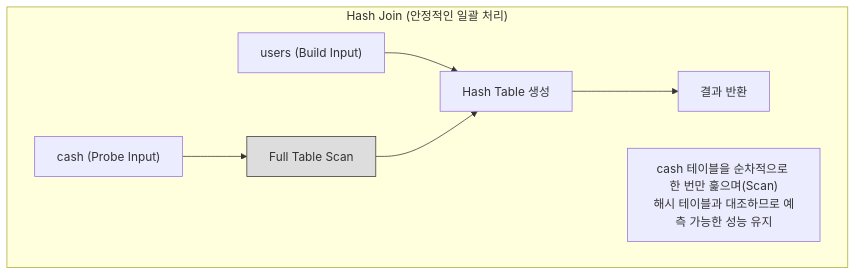
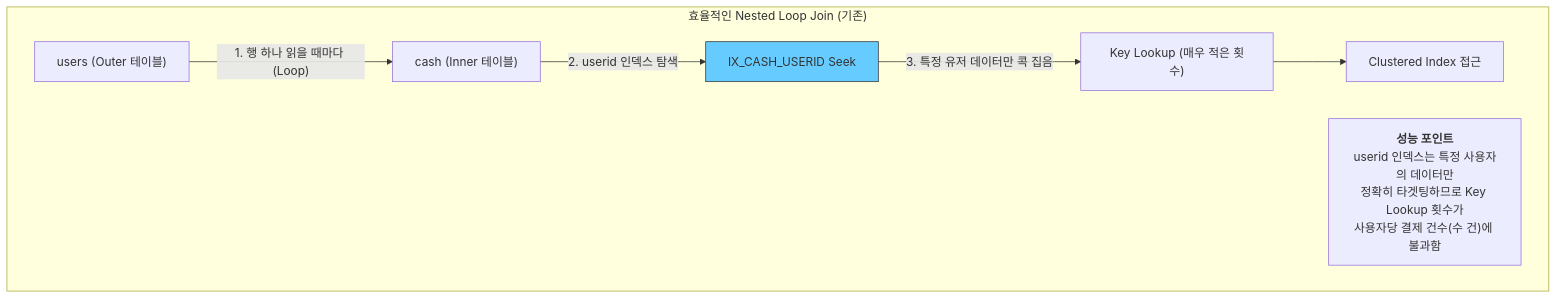
One commit to muzzaiwork/candidate changed the first of 2 diagrams in troubleshooting/payletter_index_optimization.md. Above: the diagram before and after it, drawn with Mermaid. The commit also changed other lines of this file, not shown here.

Commit message:
Refactor scenario to emphasize index switching (userid to reg_datetime) during join

````diff
--- a/troubleshooting/payletter_index_optimization.md
+++ b/troubleshooting/payletter_index_optimization.md
@@ -47,13 +47,14 @@
 ```mermaid
 graph TD
-    subgraph "Hash Join (안정적인 일괄 처리)"
-        U["users (Build Input)"] --> H["Hash Table 생성"]
-        C["cash (Probe Input)"] --> S["Full Table Scan"]
-        S --> H
-        H --> R["결과 반환"]
+    subgraph "효율적인 Nested Loop Join (기존)"
+        U_Outer["users (Outer 테이블)"] -- "1. 행 하나 읽을 때마다 (Loop)" --> C_Inner["cash (Inner 테이블)"]
         
-        note1["cash 테이블을 순차적으로 한 번만 훑으며(Scan)<br/>해시 테이블과 대조하므로 예측 가능한 성능 유지"]
+        C_Inner -- "2. userid 인덱스 탐색" --> IX_USER["IX_CASH_USERID Seek"]
+        IX_USER -- "3. 특정 유저 데이터만 콕 집음" --> K1["Key Lookup (매우 적은 횟수)"]
+        K1 --> C_L1["Clustered Index 접근"]
+        
+        note1["<b>성능 포인트</b><br/>userid 인덱스는 특정 사용자의 데이터만<br/>정확히 타겟팅하므로 Key Lookup 횟수가<br/>사용자당 결제 건수(수 건)에 불과함"]
     end
-    
-    style S fill:#ddd,stroke:#333
+
+    style IX_USER fill:#6cf,stroke:#333
 ```
````
